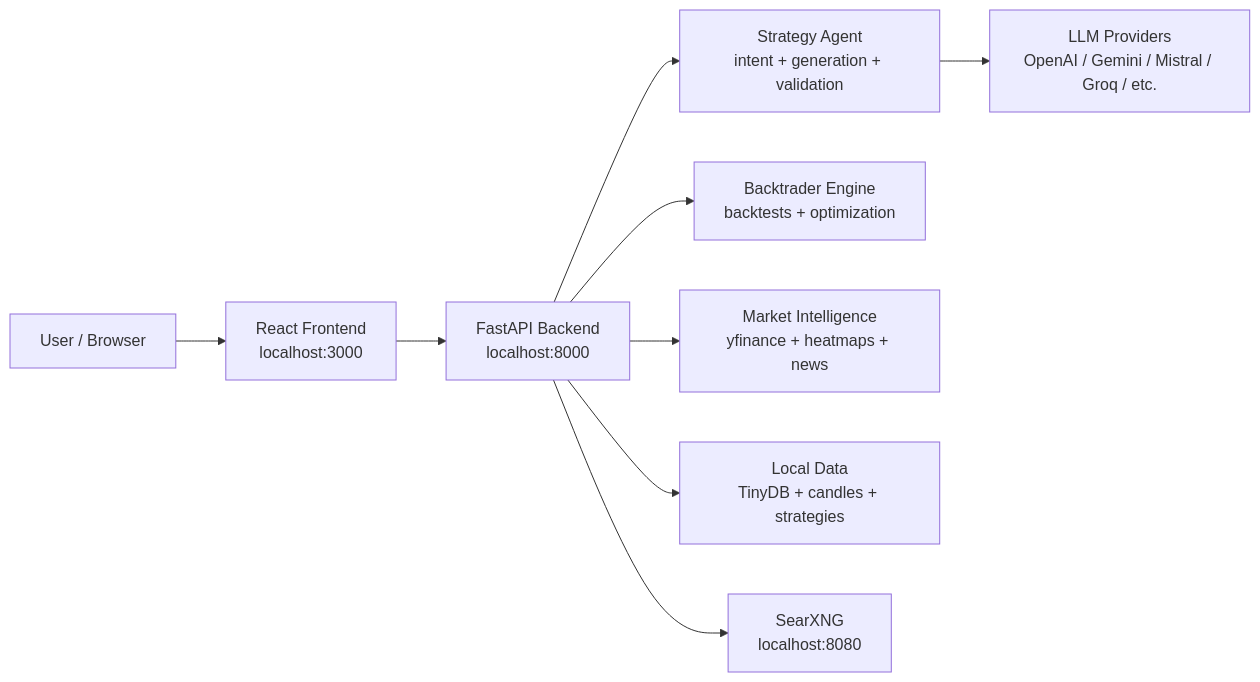
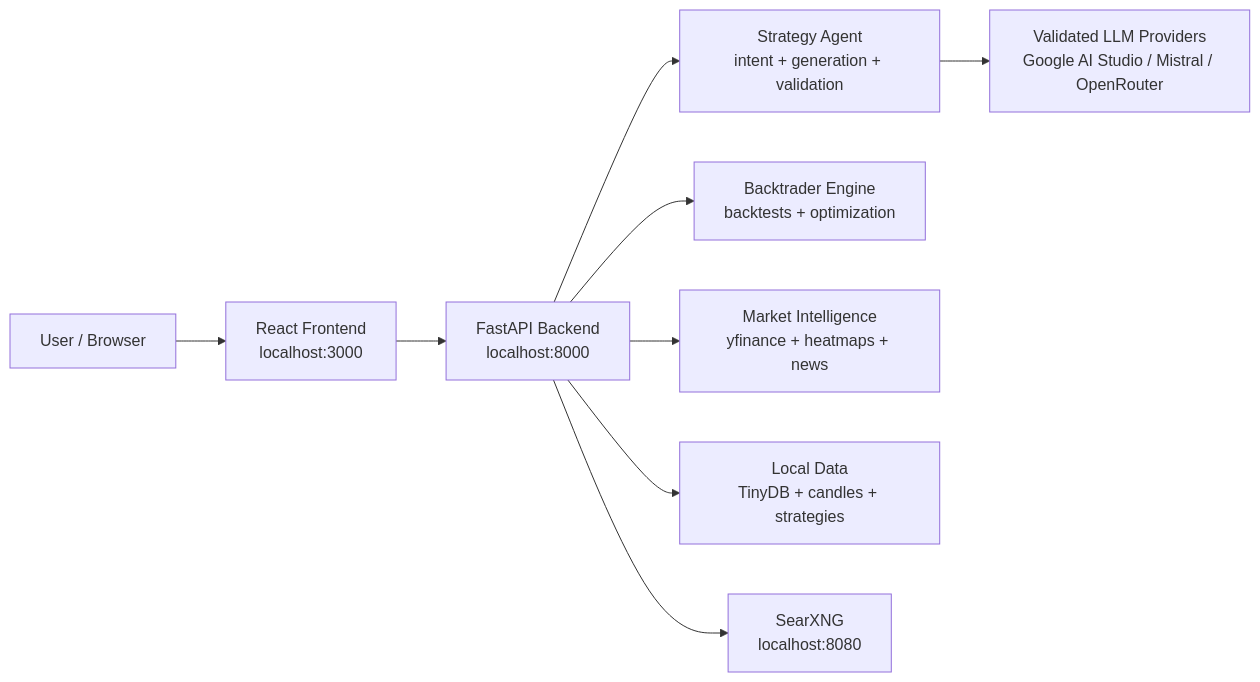
Before and after one commit to mrhustlex/TradingSpy-TradingAgentService: the diagram in README.md, drawn with Mermaid. The commit also changed other lines of this file and 7 other files, not shown here.

Commit message:
Limit app LLM providers to validated options

````diff
--- a/README.md
+++ b/README.md
@@ -140,11 +140,11 @@
 ```mermaid
 flowchart LR
     User["User / Browser"] --> Frontend["React Frontend<br/>localhost:3000"]
     Frontend --> Backend["FastAPI Backend<br/>localhost:8000"]
     Backend --> Agent["Strategy Agent<br/>intent + generation + validation"]
     Backend --> Backtest["Backtrader Engine<br/>backtests + optimization"]
     Backend --> Market["Market Intelligence<br/>yfinance + heatmaps + news"]
     Backend --> Store["Local Data<br/>TinyDB + candles + strategies"]
     Backend --> Search["SearXNG<br/>localhost:8080"]
-    Agent --> LLM["LLM Providers<br/>OpenAI / Gemini / Mistral / Groq / etc."]
+    Agent --> LLM["Validated LLM Providers<br/>Google AI Studio / Mistral / OpenRouter"]
 ```
````
